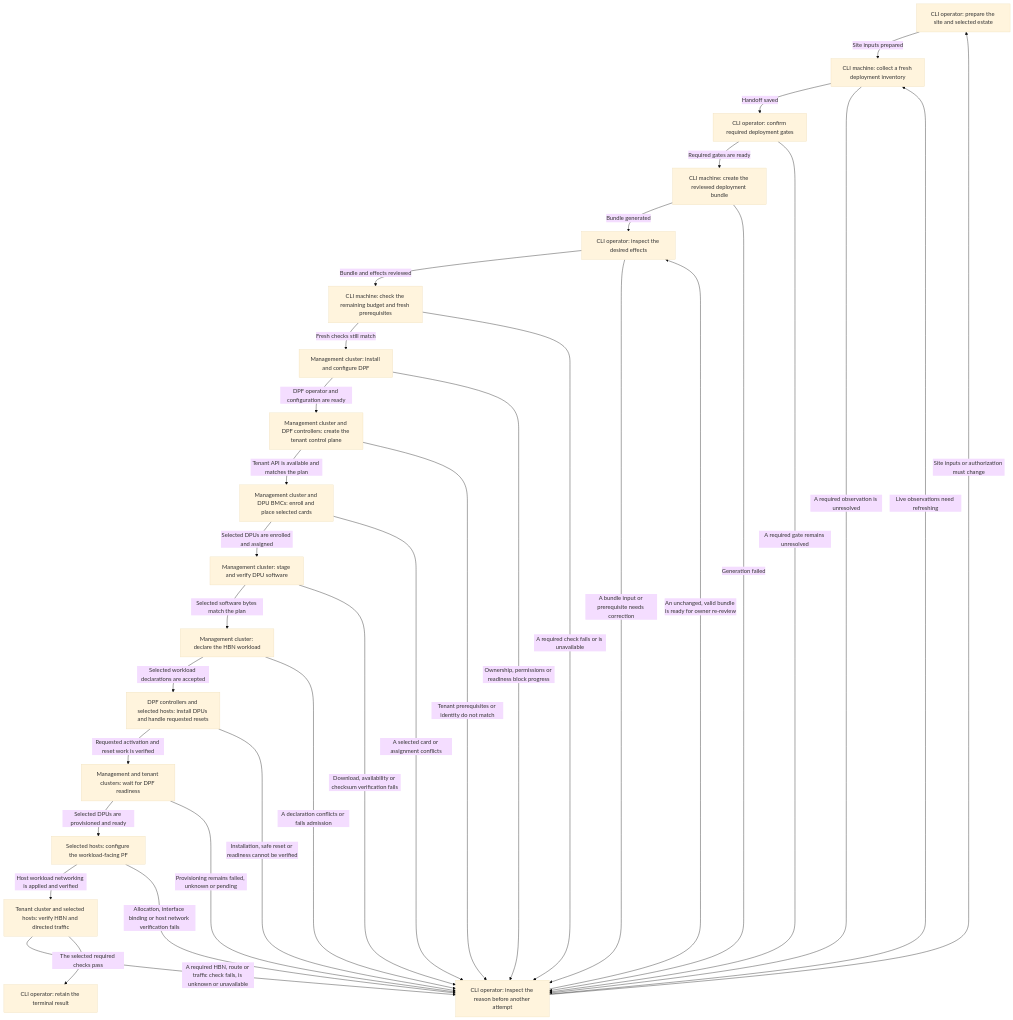
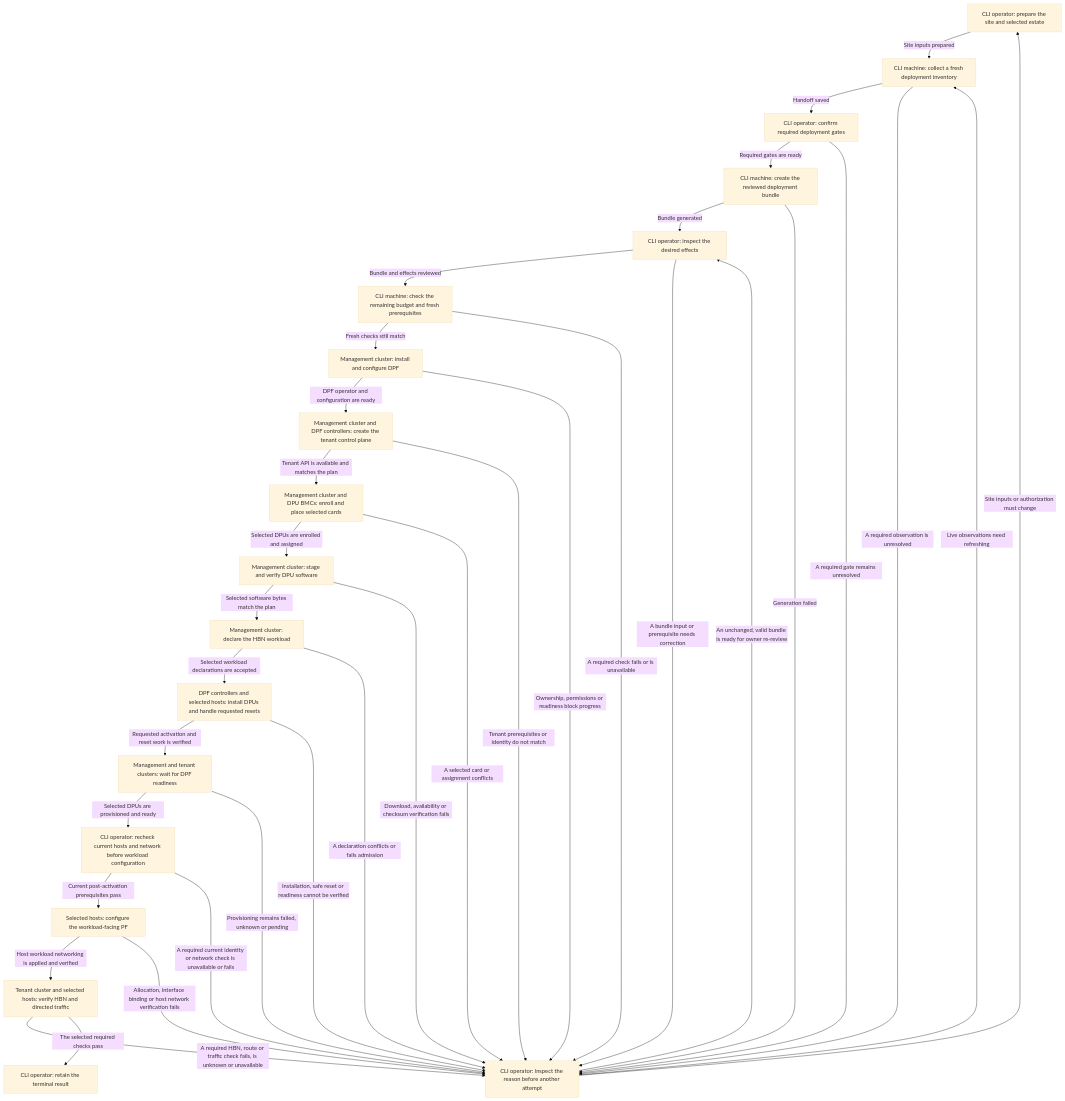
Before and after one commit to NVIDIA/k8s-launch-kit: the seventh of 7 diagrams in docs/user/dpf-workflows.md, drawn with Mermaid (base theme). The commit also changed other lines of this file and 23 other files, not shown here.

````diff
--- a/docs/user/dpf-workflows.md
+++ b/docs/user/dpf-workflows.md
@@ -509,52 +509,55 @@
 ```mermaid
 flowchart TD
   n1["CLI operator: prepare the site and selected estate"]
   n2["CLI machine: collect a fresh deployment inventory"]
   n3["CLI operator: confirm required deployment gates"]
   n4["CLI machine: create the reviewed deployment bundle"]
   n5["CLI operator: inspect the desired effects"]
   n6["CLI machine: check the remaining budget and fresh prerequisites"]
   n7["Management cluster: install and configure DPF"]
   n8["Management cluster and DPF controllers: create the tenant control plane"]
   n9["Management cluster and DPU BMCs: enroll and place selected cards"]
   n10["Management cluster: stage and verify DPU software"]
   n11["Management cluster: declare the HBN workload"]
   n12["DPF controllers and selected hosts: install DPUs and handle requested resets"]
   n13["Management and tenant clusters: wait for DPF readiness"]
-  n14["Selected hosts: configure the workload-facing PF"]
-  n15["Tenant cluster and selected hosts: verify HBN and directed traffic"]
-  n16["CLI operator: retain the terminal result"]
-  n17["CLI operator: inspect the reason before another attempt"]
+  n14["CLI operator: recheck current hosts and network before workload configuration"]
+  n15["Selected hosts: configure the workload-facing PF"]
+  n16["Tenant cluster and selected hosts: verify HBN and directed traffic"]
+  n17["CLI operator: retain the terminal result"]
+  n18["CLI operator: inspect the reason before another attempt"]
   n1 -->|"Site inputs prepared"| n2
   n2 -->|"Handoff saved"| n3
-  n2 -->|"A required observation is unresolved"| n17
+  n2 -->|"A required observation is unresolved"| n18
   n3 -->|"Required gates are ready"| n4
-  n3 -->|"A required gate remains unresolved"| n17
+  n3 -->|"A required gate remains unresolved"| n18
   n4 -->|"Bundle generated"| n5
-  n4 -->|"Generation failed"| n17
+  n4 -->|"Generation failed"| n18
   n5 -->|"Bundle and effects reviewed"| n6
-  n5 -->|"A bundle input or prerequisite needs correction"| n17
+  n5 -->|"A bundle input or prerequisite needs correction"| n18
   n6 -->|"Fresh checks still match"| n7
-  n6 -->|"A required check fails or is unavailable"| n17
+  n6 -->|"A required check fails or is unavailable"| n18
   n7 -->|"DPF operator and configuration are ready"| n8
-  n7 -->|"Ownership, permissions or readiness block progress"| n17
+  n7 -->|"Ownership, permissions or readiness block progress"| n18
   n8 -->|"Tenant API is available and matches the plan"| n9
-  n8 -->|"Tenant prerequisites or identity do not match"| n17
+  n8 -->|"Tenant prerequisites or identity do not match"| n18
   n9 -->|"Selected DPUs are enrolled and assigned"| n10
-  n9 -->|"A selected card or assignment conflicts"| n17
+  n9 -->|"A selected card or assignment conflicts"| n18
   n10 -->|"Selected software bytes match the plan"| n11
-  n10 -->|"Download, availability or checksum verification fails"| n17
+  n10 -->|"Download, availability or checksum verification fails"| n18
   n11 -->|"Selected workload declarations are accepted"| n12
-  n11 -->|"A declaration conflicts or fails admission"| n17
+  n11 -->|"A declaration conflicts or fails admission"| n18
   n12 -->|"Requested activation and reset work is verified"| n13
-  n12 -->|"Installation, safe reset or readiness cannot be verified"| n17
+  n12 -->|"Installation, safe reset or readiness cannot be verified"| n18
   n13 -->|"Selected DPUs are provisioned and ready"| n14
-  n13 -->|"Provisioning remains failed, unknown or pending"| n17
-  n14 -->|"Host workload networking is applied and verified"| n15
-  n14 -->|"Allocation, interface binding or host network verification fails"| n17
-  n15 -->|"A required HBN, route or traffic check fails, is unknown or unavailable"| n17
-  n15 -->|"The selected required checks pass"| n16
-  n17 -->|"Site inputs or authorization must change"| n1
-  n17 -->|"Live observations need refreshing"| n2
-  n17 -->|"An unchanged, valid bundle is ready for owner re-review"| n5
+  n13 -->|"Provisioning remains failed, unknown or pending"| n18
+  n14 -->|"Current post-activation prerequisites pass"| n15
+  n14 -->|"A required current identity or network check is unavailable or fails"| n18
+  n15 -->|"Host workload networking is applied and verified"| n16
+  n15 -->|"Allocation, interface binding or host network verification fails"| n18
+  n16 -->|"A required HBN, route or traffic check fails, is unknown or unavailable"| n18
+  n16 -->|"The selected required checks pass"| n17
+  n18 -->|"Site inputs or authorization must change"| n1
+  n18 -->|"Live observations need refreshing"| n2
+  n18 -->|"An unchanged, valid bundle is ready for owner re-review"| n5
 ```
````
